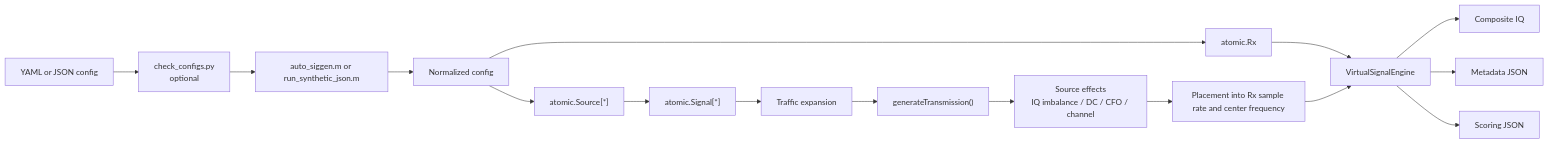
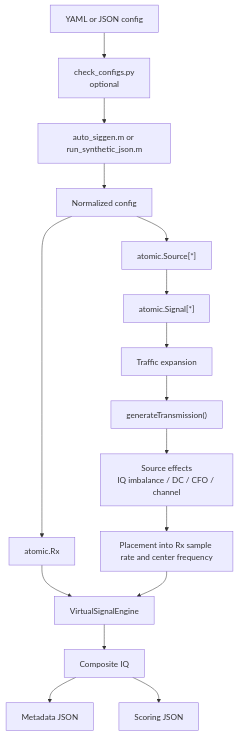
The third of 8 diagrams in ARCHITECTURE.md (ucsdwcsng/rfsynth), drawn with Mermaid before and after one commit. The commit also changed other lines of this file and 37 other files, not shown here.

Commit message:
Document Python-native runtime flow

````diff
--- a/ARCHITECTURE.md
+++ b/ARCHITECTURE.md
@@ -160,18 +217,18 @@
 ```mermaid
-flowchart LR
+flowchart TD
     A["YAML or JSON config"] --> B["check_configs.py<br/>optional"]
     B --> C["auto_siggen.m or run_synthetic_json.m"]
     C --> D["Normalized config"]
     D --> E["atomic.Rx"]
     D --> F["atomic.Source[*]"]
     F --> G["atomic.Signal[*]"]
     G --> H["Traffic expansion"]
     H --> I["generateTransmission()"]
     I --> J["Source effects<br/>IQ imbalance / DC / CFO / channel"]
     J --> K["Placement into Rx sample rate and center frequency"]
     E --> L["VirtualSignalEngine"]
     K --> L
     L --> M["Composite IQ"]
-    L --> N["Metadata JSON"]
-    L --> O["Scoring JSON"]
+    M --> N["Metadata JSON"]
+    M --> O["Scoring JSON"]
 ```
````
